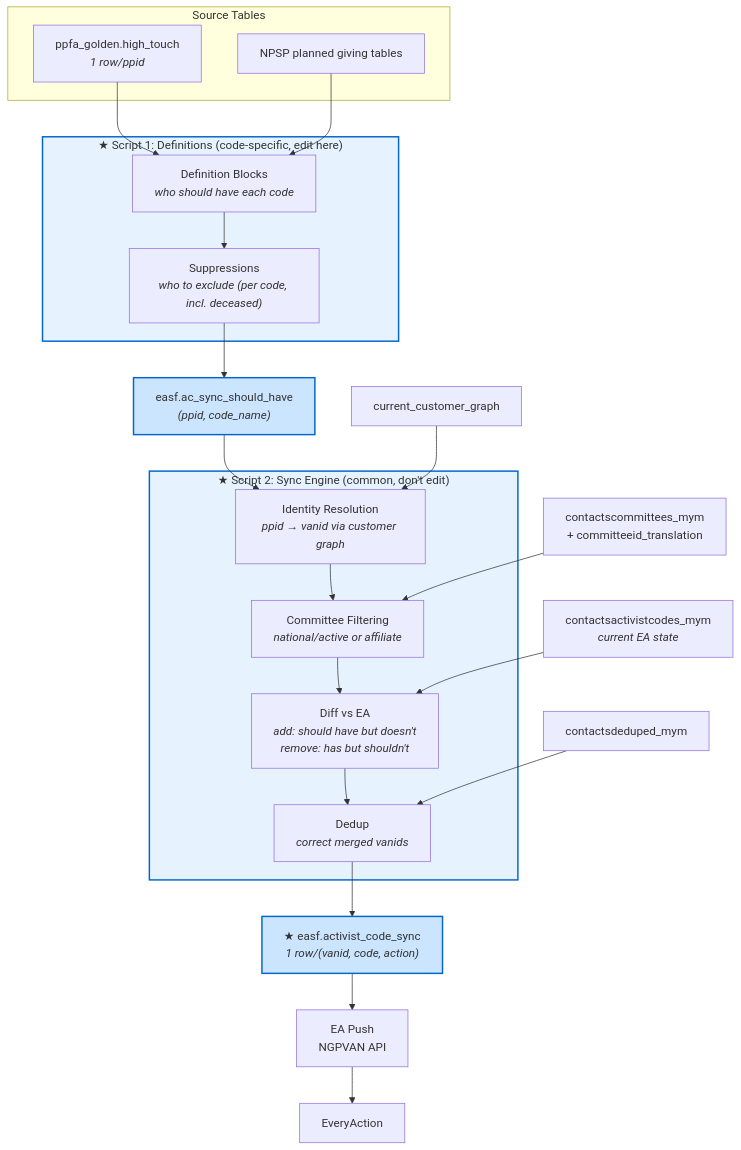
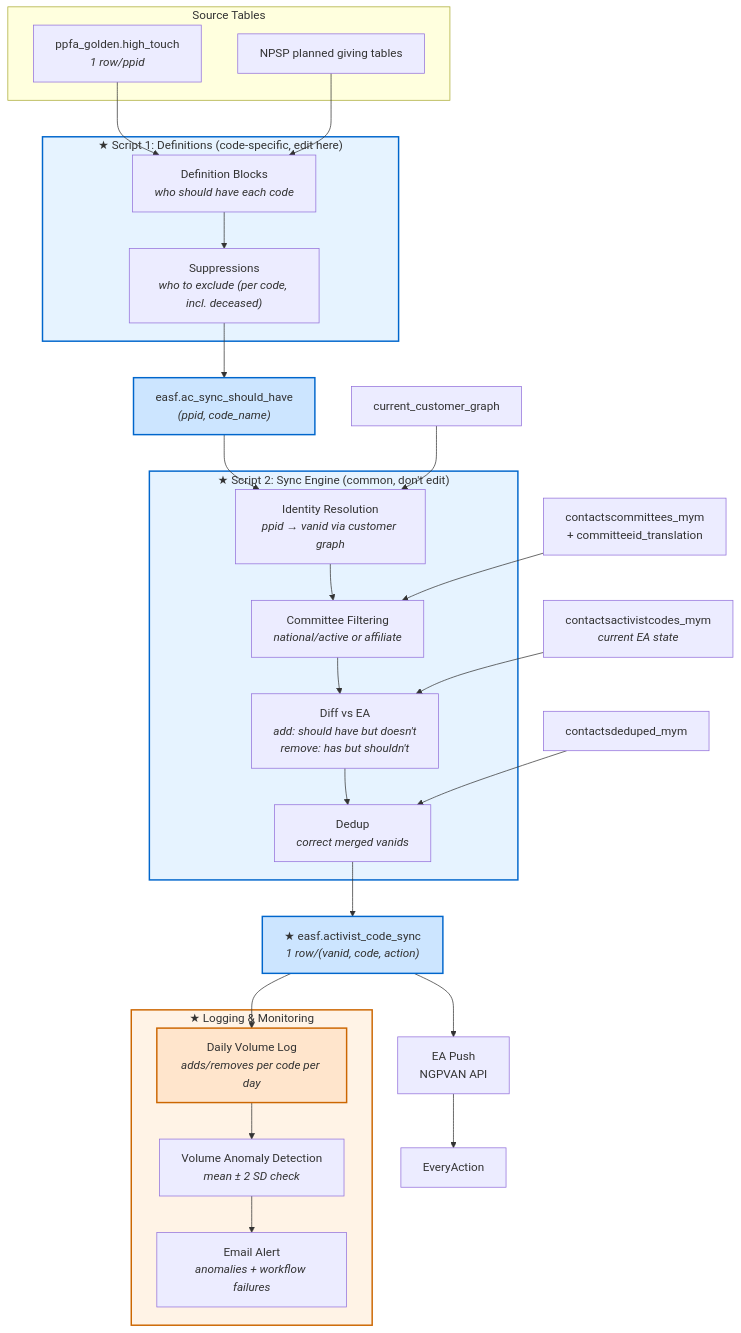
One commit to arielkaplanppfa/Civis changed the diagram in Activist Code Workflows - Summary and Proposal.md. Above: the diagram before and after it, drawn with Mermaid. The commit also changed other lines of this file and 1 other file, not shown here.

````diff
--- a/Activist Code Workflows - Summary and Proposal.md
+++ b/Activist Code Workflows - Summary and Proposal.md
@@ -603,47 +649,58 @@
 ```mermaid
 graph TD
     subgraph Sources["Source Tables"]
         ht["ppfa_golden.high_touch<br/><i>1 row/ppid</i>"]
         pg["NPSP planned giving tables"]
     end
 
     subgraph SCRIPT1["★ Script 1: Definitions (code-specific, edit here)"]
         defs["Definition Blocks<br/><i>who should have each code</i>"]
         suppress["Suppressions<br/><i>who to exclude (per code, incl. deceased)</i>"]
     end
 
     bridge["easf.ac_sync_should_have<br/><i>(ppid, code_name)</i>"]
 
     subgraph SCRIPT2["★ Script 2: Sync Engine (common, don't edit)"]
         resolve["Identity Resolution<br/><i>ppid → vanid via customer graph</i>"]
         committee["Committee Filtering<br/><i>national/active or affiliate</i>"]
         diff["Diff vs EA<br/><i>add: should have but doesn't<br/>remove: has but shouldn't</i>"]
         dedup["Dedup<br/><i>correct merged vanids</i>"]
     end
 
     output["★ easf.activist_code_sync<br/><i>1 row/(vanid, code, action)</i>"]
     push["EA Push<br/>NGPVAN API"]
     EA["EveryAction"]
 
+    subgraph MONITORING["★ Logging & Monitoring"]
+        log["Daily Volume Log<br/><i>adds/removes per code per day</i>"]
+        anomaly["Volume Anomaly Detection<br/><i>mean ± 2 SD check</i>"]
+        alert["Email Alert<br/><i>anomalies + workflow failures</i>"]
+    end
+
     ht --> defs
     pg --> defs
     defs --> suppress
     suppress --> bridge
 
     bridge --> resolve
     ccg["current_customer_graph"] --> resolve
     resolve --> committee
     cc["contactscommittees_mym<br/>+ committeeid_translation"] --> committee
     committee --> diff
     ac["contactsactivistcodes_mym<br/><i>current EA state</i>"] --> diff
     diff --> dedup
     dd["contactsdeduped_mym"] --> dedup
     dedup --> output
     output --> push
+    output --> log
+    log --> anomaly
+    anomaly --> alert
     push --> EA
 
     style SCRIPT1 fill:#e6f3ff,stroke:#0066cc,stroke-width:2px
     style SCRIPT2 fill:#e6f3ff,stroke:#0066cc,stroke-width:2px
+    style MONITORING fill:#fff3e6,stroke:#cc6600,stroke-width:2px
     style bridge fill:#cce5ff,stroke:#0066cc,stroke-width:2px
     style output fill:#cce5ff,stroke:#0066cc,stroke-width:2px
+    style log fill:#ffe5cc,stroke:#cc6600,stroke-width:2px
 ```
````
